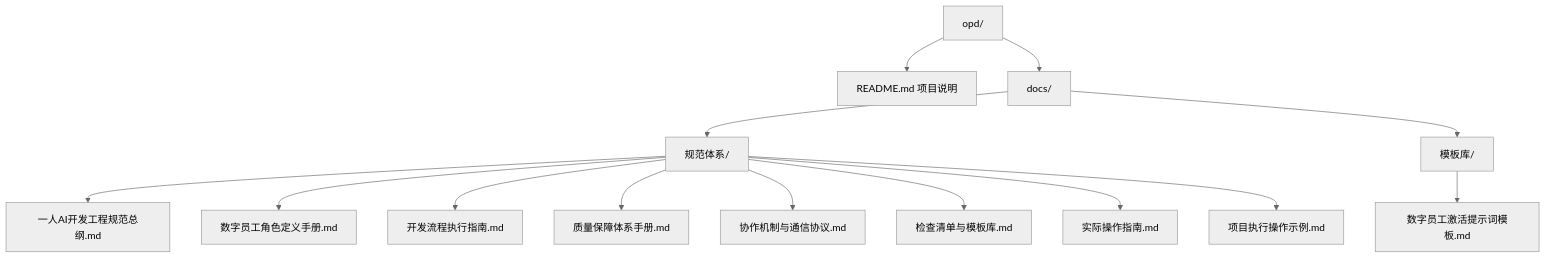
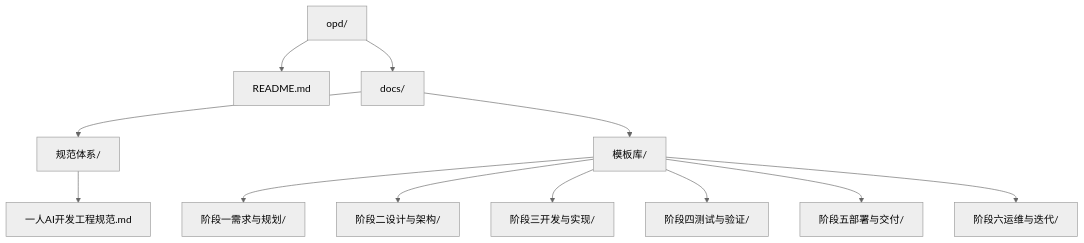
One commit to winyeahs/opd changed the second of 6 diagrams in README.md. Above: the diagram before and after it, drawn with Mermaid (neutral theme). The commit also changed other lines of this file and 38 other files, not shown here.

````diff
--- a/README.md
+++ b/README.md
@@ -40,32 +40,28 @@
 ```mermaid
 graph TB
     Root[opd/]
-    README[README.md 项目说明]
+    README[README.md]
     Docs[docs/]
     Specs[规范体系/]
     Templates[模板库/]
     
-    Spec1[一人AI开发工程规范总纲.md]
-    Spec2[数字员工角色定义手册.md]
-    Spec3[开发流程执行指南.md]
-    Spec4[质量保障体系手册.md]
-    Spec5[协作机制与通信协议.md]
-    Spec6[检查清单与模板库.md]
-    Spec7[实际操作指南.md]
-    Spec8[项目执行操作示例.md]
-    Temp1[数字员工激活提示词模板.md]
+    Spec1[一人AI开发工程规范.md]
+    Temp1[阶段一需求与规划/]
+    Temp2[阶段二设计与架构/]
+    Temp3[阶段三开发与实现/]
+    Temp4[阶段四测试与验证/]
+    Temp5[阶段五部署与交付/]
+    Temp6[阶段六运维与迭代/]
     
     Root --> README
     Root --> Docs
     Docs --> Specs
     Docs --> Templates
     Specs --> Spec1
-    Specs --> Spec2
-    Specs --> Spec3
-    Specs --> Spec4
-    Specs --> Spec5
-    Specs --> Spec6
-    Specs --> Spec7
-    Specs --> Spec8
     Templates --> Temp1
+    Templates --> Temp2
+    Templates --> Temp3
+    Templates --> Temp4
+    Templates --> Temp5
+    Templates --> Temp6
 ```
````
